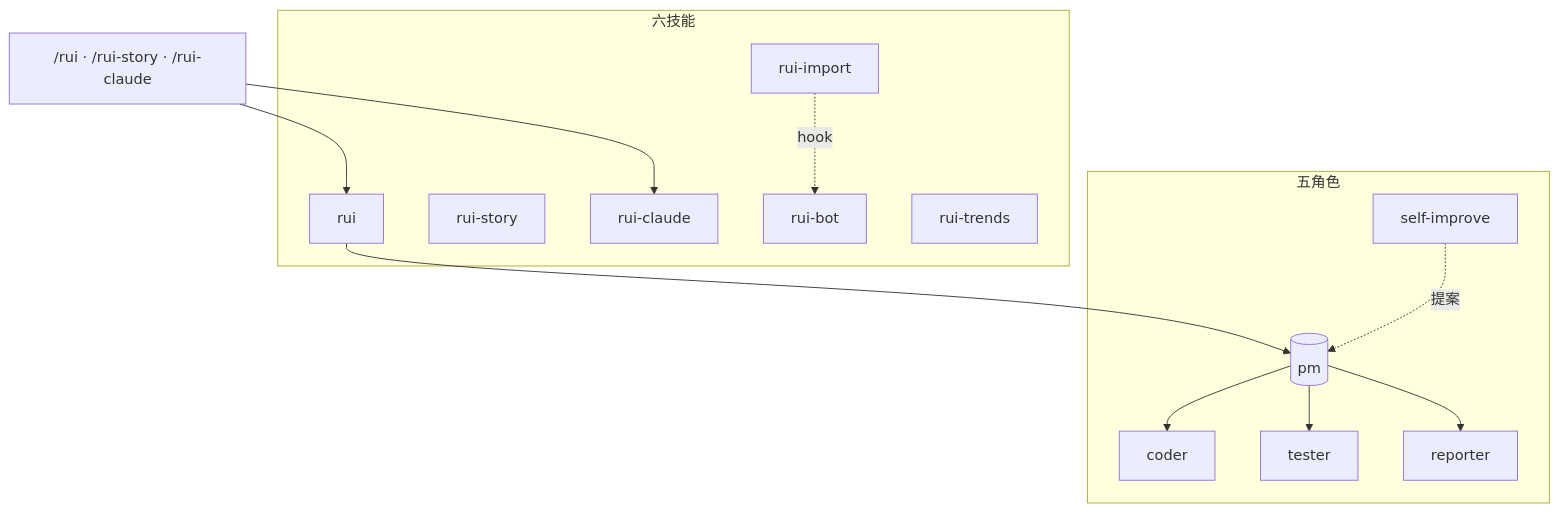
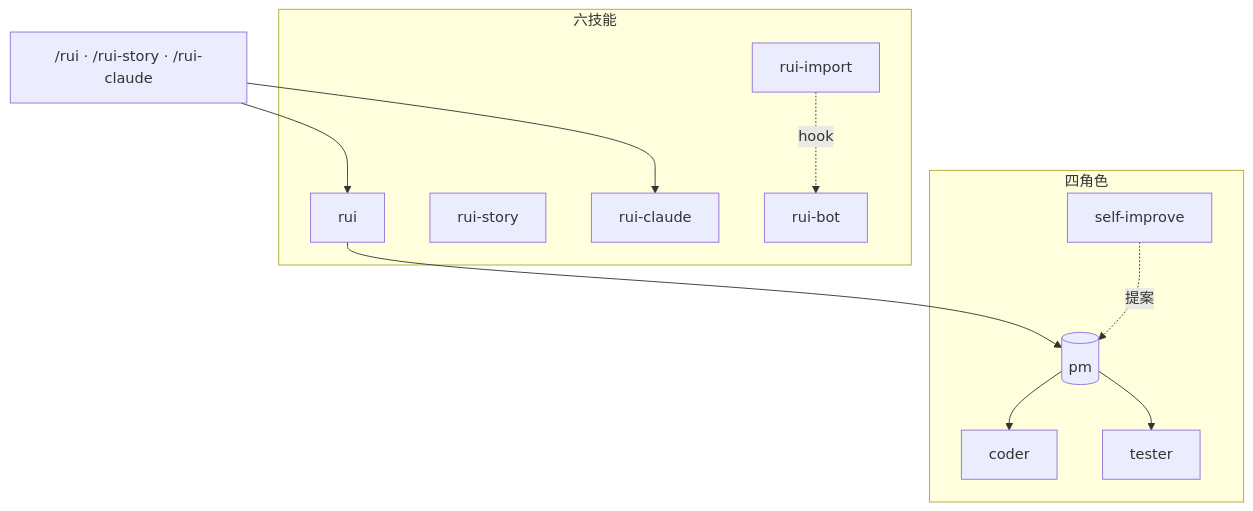
Before and after one commit to effiy/YrY: the first of 4 diagrams in README.md, drawn with Mermaid. The commit also changed other lines of this file and 24 other files, not shown here.

````diff
--- a/README.md
+++ b/README.md
@@ -9,27 +10,25 @@
 ```mermaid
 flowchart TD
     CMD["/rui · /rui-story · /rui-claude"]
 
     subgraph Skills[六技能]
         RUI[rui]:::skill
         RS[rui-story]:::skill
         RC[rui-claude]:::skill
         ID[rui-import]:::skill
         WW[rui-bot]:::skill
-        TD[rui-trends]:::skill
     end
 
-    subgraph Agents[五角色]
+    subgraph Agents[四角色]
         PM[("pm")]:::core
         CODER[coder]:::agent
         TESTER[tester]:::agent
-        REPORTER[reporter]:::agent
         SI[self-improve]:::agent
     end
 
     CMD --> RUI & RC
     RUI --> PM
-    PM --> CODER & TESTER & REPORTER
+    PM --> CODER & TESTER
     SI -.提案.-> PM
     ID -.hook.-> WW
 ```
````
